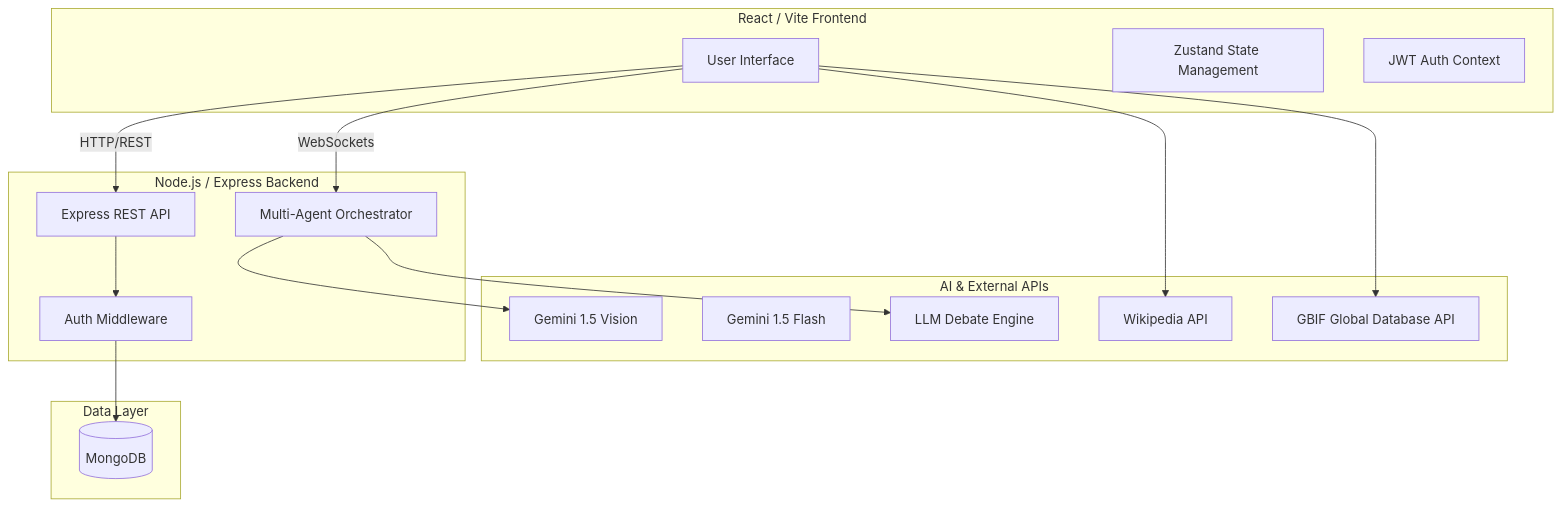
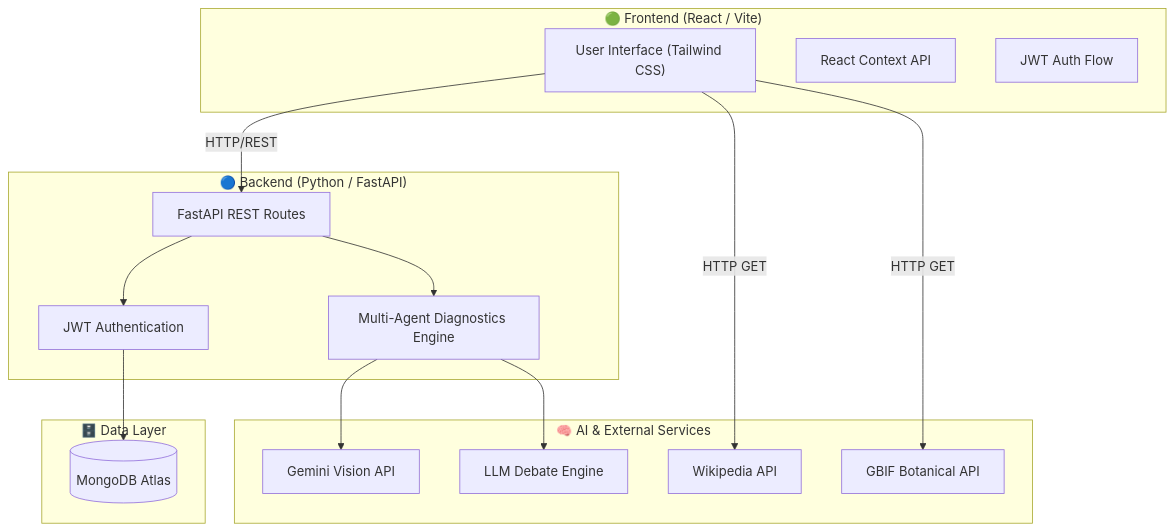
One commit to yuvanvishnupandi/phytonexus changed the diagram in README.md. Above: the diagram before and after it, drawn with Mermaid. The commit also changed other lines of this file and 2 other files, not shown here.

Commit message:
add new assets and fix architecture diagram

````diff
--- a/README.md
+++ b/README.md
@@ -42,35 +42,34 @@
 ```mermaid
 graph TD
-    subgraph Frontend [React / Vite Frontend]
-        UI[User Interface]
-        State[Zustand State Management]
-        AuthUI[JWT Auth Context]
+    subgraph Frontend ["🟢 Frontend (React / Vite)"]
+        UI["User Interface (Tailwind CSS)"]
+        State["React Context API"]
+        AuthUI["JWT Auth Flow"]
     end
 
-    subgraph Backend [Node.js / Express Backend]
-        API[Express REST API]
-        Auth[Auth Middleware]
-        AgentOrch[Multi-Agent Orchestrator]
+    subgraph Backend ["🔵 Backend (Python / FastAPI)"]
+        API["FastAPI REST Routes"]
+        Auth["JWT Authentication"]
+        AgentOrch["Multi-Agent Diagnostics Engine"]
     end
 
-    subgraph AI_Services [AI & External APIs]
-        Vision[Gemini 1.5 Vision]
-        Chat[Gemini 1.5 Flash]
-        Debate[LLM Debate Engine]
-        Wiki[Wikipedia API]
-        GBIF[GBIF Global Database API]
+    subgraph AI_Services ["🧠 AI & External Services"]
+        Vision["Gemini Vision API"]
+        Debate["LLM Debate Engine"]
+        Wiki["Wikipedia API"]
+        GBIF["GBIF Botanical API"]
     end
 
-    subgraph Database [Data Layer]
-        Mongo[(MongoDB)]
+    subgraph Database ["🗄️ Data Layer"]
+        Mongo[("MongoDB Atlas")]
     end
 
-    UI -->|HTTP/REST| API
-    UI -->|WebSockets| AgentOrch
+    UI -->|"HTTP/REST"| API
     API --> Auth
     Auth --> Mongo
+    API --> AgentOrch
     AgentOrch --> Vision
     AgentOrch --> Debate
-    UI --> Wiki
-    UI --> GBIF
+    UI -->|"HTTP GET"| Wiki
+    UI -->|"HTTP GET"| GBIF
 ```
````
